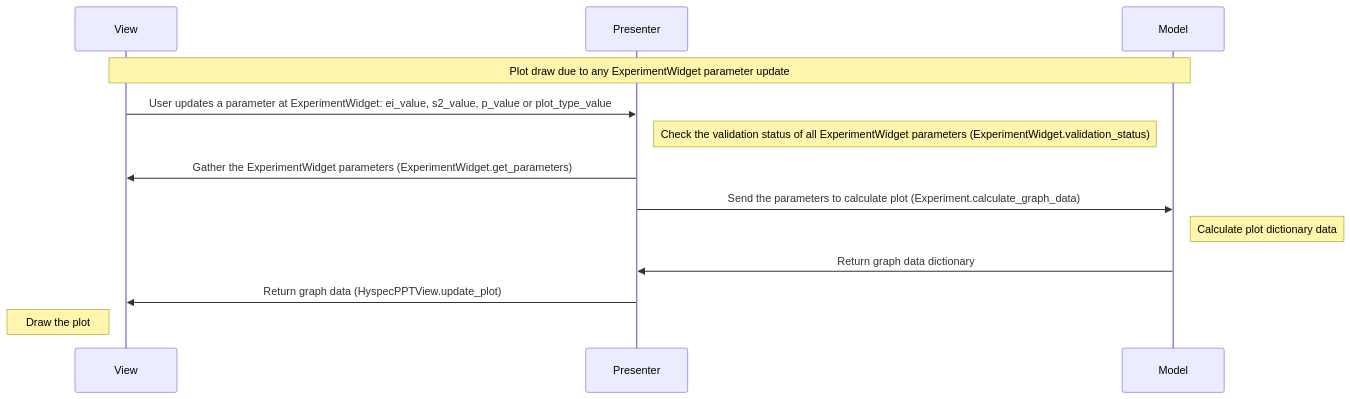
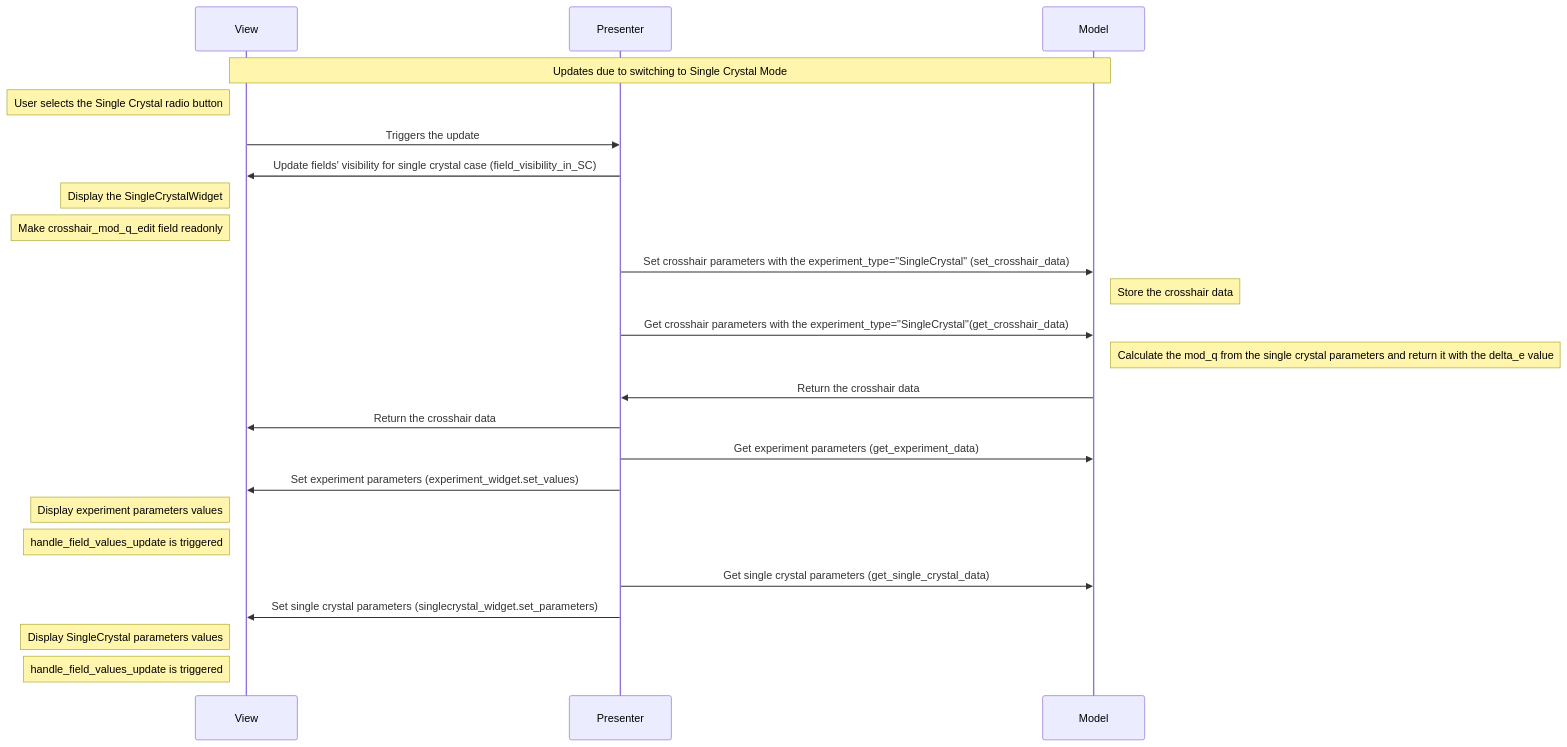
Before and after one commit to neutrons/hyspecppt: diagram 14 of 14 in docs/source/design/hyspecpptclasses.rst, drawn with Mermaid. The commit also changed other lines of this file, not shown here.

```diff
--- a/docs/source/design/hyspecpptclasses.rst
+++ b/docs/source/design/hyspecpptclasses.rst
@@ -400,16 +429,27 @@
         .. mermaid::
 
             sequenceDiagram
                 participant View
                 participant Presenter
                 participant Model
 
-                Note over View,Model: Plot draw due to any ExperimentWidget parameter update
-                View->>Presenter: User updates a parameter at ExperimentWidget: ei_value, s2_value, p_value or plot_type_value
-                Note right of Presenter: Check the validation status of all ExperimentWidget parameters (ExperimentWidget.validation_status)
-                Presenter->>View: Gather the ExperimentWidget parameters (ExperimentWidget.get_parameters)
-                Presenter->>Model: Send the parameters to calculate plot (Experiment.calculate_graph_data)
-                Note right of Model: Calculate plot dictionary data
-                Model->>Presenter: Return graph data dictionary
-                Presenter->>View: Return graph data (HyspecPPTView.update_plot)
-                Note left of View: Draw the plot
+                Note over View,Model: Updates due to switching to Single Crystal Mode
+                Note left of View: User selects the Single Crystal radio button
+                View->>Presenter: Triggers the update
+                Presenter->>View: Update fields' visibility for single crystal case (field_visibility_in_SC)
+                Note left of View: Display the SingleCrystalWidget
+                Note left of View: Make crosshair_mod_q_edit field readonly
+                Presenter->>Model: Set crosshair parameters with the experiment_type="SingleCrystal" (set_crosshair_data)
+                Note right of Model: Store the crosshair data
+                Presenter->>Model: Get crosshair parameters with the experiment_type="SingleCrystal"(get_crosshair_data)
+                Note right of Model: Calculate the mod_q from the single crystal parameters and return it with the delta_e value
+                Model->>Presenter: Return the crosshair data
+                Presenter->>View: Return the crosshair data
+                Presenter->>Model: Get experiment parameters (get_experiment_data)
+                Presenter->>View: Set experiment parameters (experiment_widget.set_values)
+                Note left of View: Display experiment parameters values
+                Note left of View: handle_field_values_update is triggered
+                Presenter->>Model: Get single crystal parameters (get_single_crystal_data)
+                Presenter->>View: Set single crystal parameters (singlecrystal_widget.set_parameters)
+                Note left of View: Display SingleCrystal parameters values
+                Note left of View: handle_field_values_update is triggered
```
